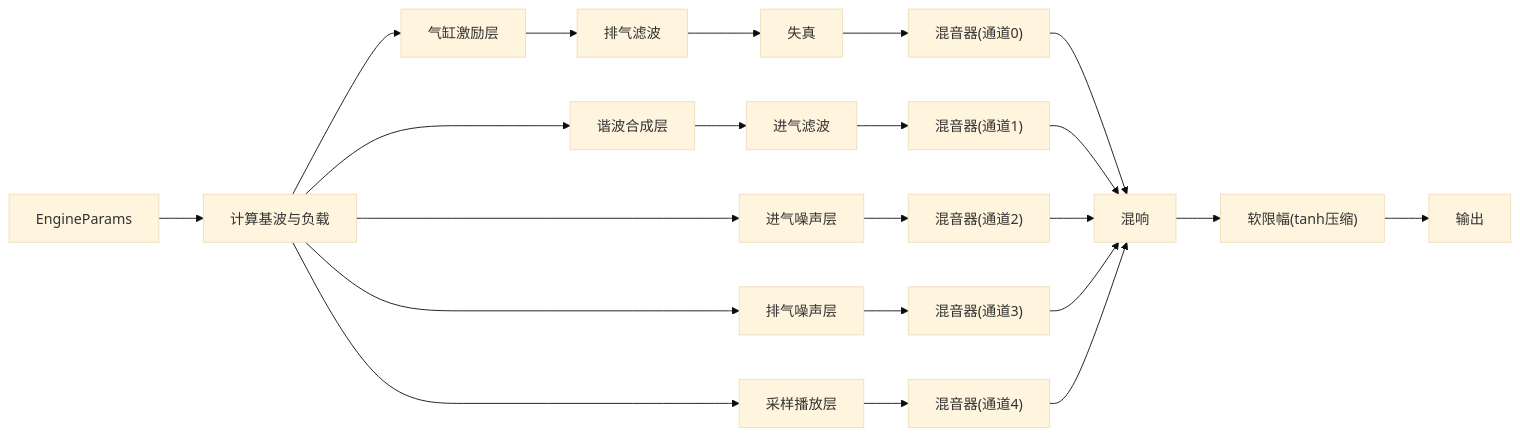
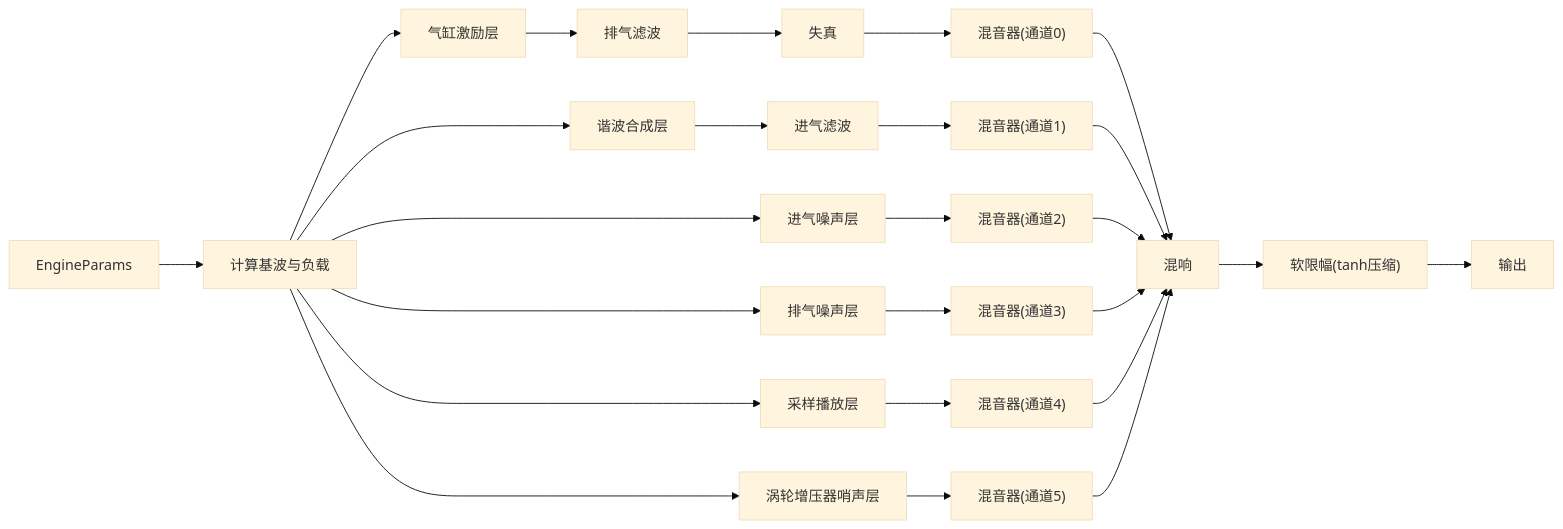
Before and after one commit to bangbangde/racing-sound-engine: the seventh of 8 diagrams in .qoder/repowiki/zh/content/声音合成系统/声音合成系统.md, drawn with Mermaid (base theme). The commit also changed other lines of this file and 88 other files, not shown here.

````diff
--- a/.qoder/repowiki/zh/content/声音合成系统/声音合成系统.md
+++ b/.qoder/repowiki/zh/content/声音合成系统/声音合成系统.md
@@ -302,23 +376,26 @@
 ```mermaid
 graph LR
 P["EngineParams"] --> F["计算基波与负载"]
 F --> Cyl["气缸激励层"]
 F --> Harm["谐波合成层"]
 F --> InN["进气噪声层"]
 F --> ExN["排气噪声层"]
 F --> Samp["采样播放层"]
+F --> Turbo["涡轮增压器哨声层"]
 Cyl --> ExF["排气滤波"]
 ExF --> Dst["失真"]
 Dst --> Mix["混音器(通道0)"]
 Harm --> InF["进气滤波"]
 InF --> Mix2["混音器(通道1)"]
 InN --> Mix3["混音器(通道2)"]
 ExN --> Mix4["混音器(通道3)"]
 Samp --> Mix5["混音器(通道4)"]
+Turbo --> Mix6["混音器(通道5)"]
 Mix --> Out["混响"]
 Mix2 --> Out
 Mix3 --> Out
 Mix4 --> Out
 Mix5 --> Out
+Mix6 --> Out
 Out --> Lim["软限幅(tanh压缩)"] --> DAC["输出"]
 ```
````
